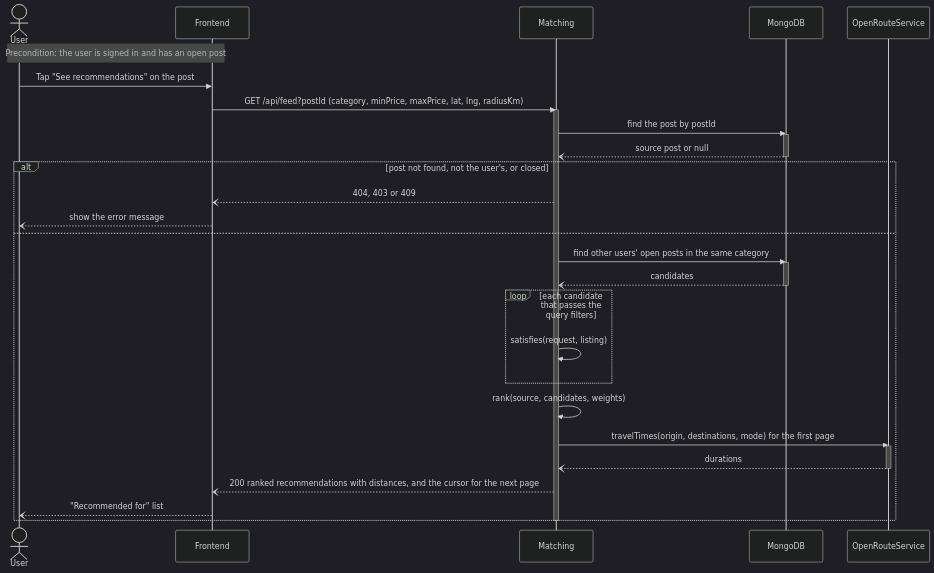
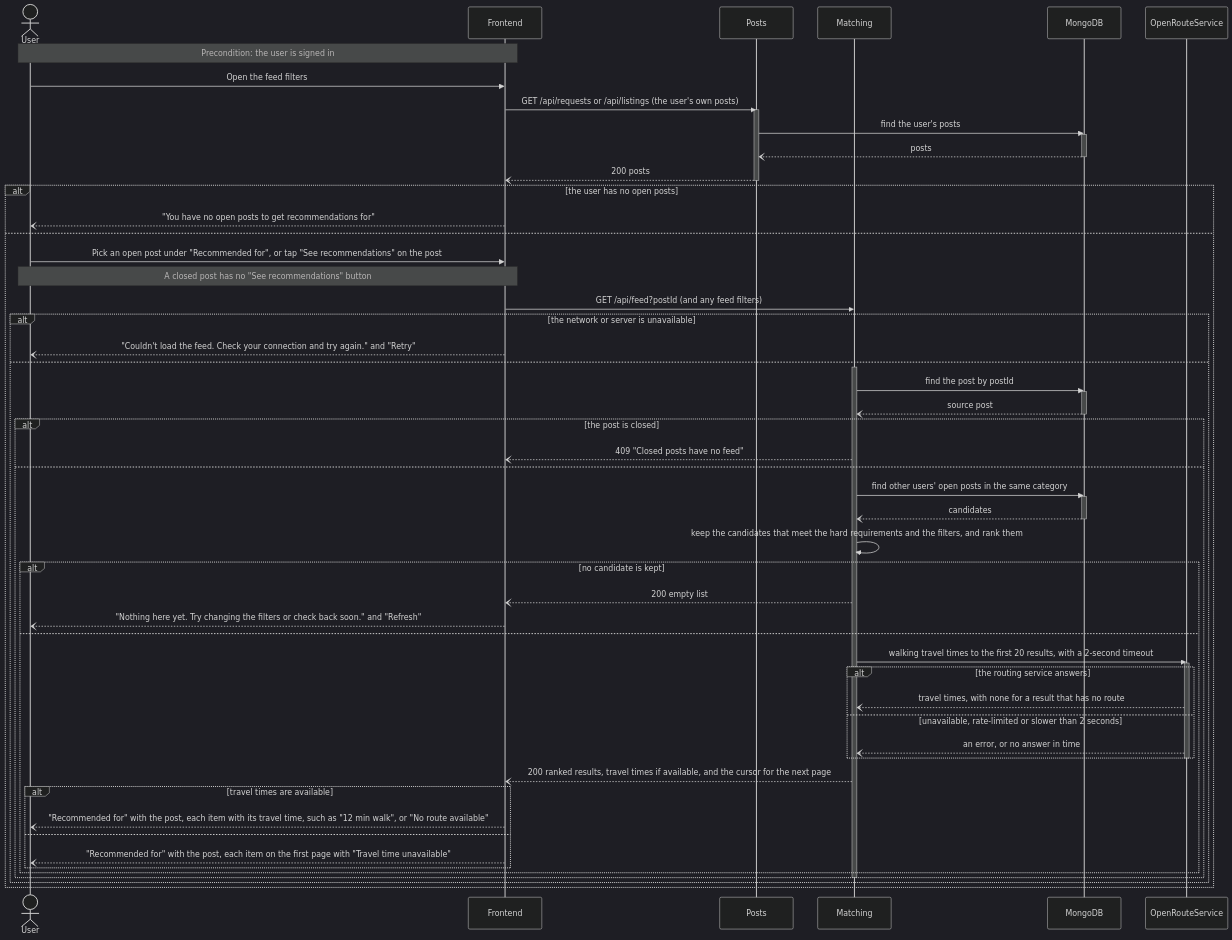
Before and after one commit to m1lun/MatchMarket: the fourth of 6 diagrams in documentation/Requirements_and_Design.md, drawn with Mermaid (dark theme). The commit also changed other lines of this file, not shown here.

Commit message:
docs: show every use case failure in the other four sequence diagrams

````diff
--- a/documentation/Requirements_and_Design.md
+++ b/documentation/Requirements_and_Design.md
@@ -576,36 +621,64 @@
 ```mermaid
 sequenceDiagram
     actor U as User
     participant FE as Frontend
+    participant P as Posts
     participant M as Matching
     participant DB as MongoDB
     participant ORS as OpenRouteService
-    Note over U,FE: Precondition: the user is signed in and has an open post
-    U->>FE: Tap "See recommendations" on the post
-    FE->>M: GET /api/feed?postId (category, minPrice, maxPrice, lat, lng, radiusKm)
-    activate M
-    M->>DB: find the post by postId
+    Note over U,FE: Precondition: the user is signed in
+    U->>FE: Open the feed filters
+    FE->>P: GET /api/requests or /api/listings (the user's own posts)
+    activate P
+    P->>DB: find the user's posts
     activate DB
-    DB--)M: source post or null
+    DB--)P: posts
     deactivate DB
-    alt post not found, not the user's, or closed
-        M--)FE: 404, 403 or 409
-        FE--)U: show the error message
+    P--)FE: 200 posts
+    deactivate P
+    alt the user has no open posts
+        FE--)U: "You have no open posts to get recommendations for"
     else
-        M->>DB: find other users' open posts in the same category
-        activate DB
-        DB--)M: candidates
-        deactivate DB
-        loop each candidate that passes the query filters
-            M->>M: satisfies(request, listing)
+        U->>FE: Pick an open post under "Recommended for", or tap "See recommendations" on the post
+        Note over U,FE: A closed post has no "See recommendations" button
+        FE->>M: GET /api/feed?postId (and any feed filters)
+        alt the network or server is unavailable
+            FE--)U: "Couldn't load the feed. Check your connection and try again." and "Retry"
+        else
+            activate M
+            M->>DB: find the post by postId
+            activate DB
+            DB--)M: source post
+            deactivate DB
+            alt the post is closed
+                M--)FE: 409 "Closed posts have no feed"
+            else
+                M->>DB: find other users' open posts in the same category
+                activate DB
+                DB--)M: candidates
+                deactivate DB
+                M->>M: keep the candidates that meet the hard requirements and the filters, and rank them
+                alt no candidate is kept
+                    M--)FE: 200 empty list
+                    FE--)U: "Nothing here yet. Try changing the filters or check back soon." and "Refresh"
+                else
+                    M->>ORS: walking travel times to the first 20 results, with a 2-second timeout
+                    activate ORS
+                    alt the routing service answers
+                        ORS--)M: travel times, with none for a result that has no route
+                    else unavailable, rate-limited or slower than 2 seconds
+                        ORS--)M: an error, or no answer in time
+                    end
+                    deactivate ORS
+                    M--)FE: 200 ranked results, travel times if available, and the cursor for the next page
+                    alt travel times are available
+                        FE--)U: "Recommended for" with the post, each item with its travel time, such as "12 min walk", or "No route available"
+                    else
+                        FE--)U: "Recommended for" with the post, each item on the first page with "Travel time unavailable"
+                    end
+                end
+            end
+            deactivate M
         end
-        M->>M: rank(source, candidates, weights)
-        M->>ORS: travelTimes(origin, destinations, mode) for the first page
-        activate ORS
-        ORS--)M: durations
-        deactivate ORS
-        M--)FE: 200 ranked recommendations with distances, and the cursor for the next page
-        FE--)U: "Recommended for" list
     end
-    deactivate M
 ```
````
